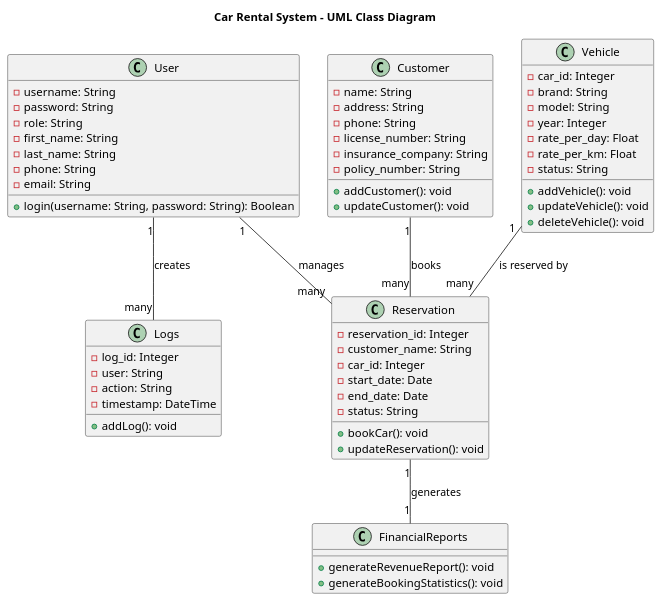
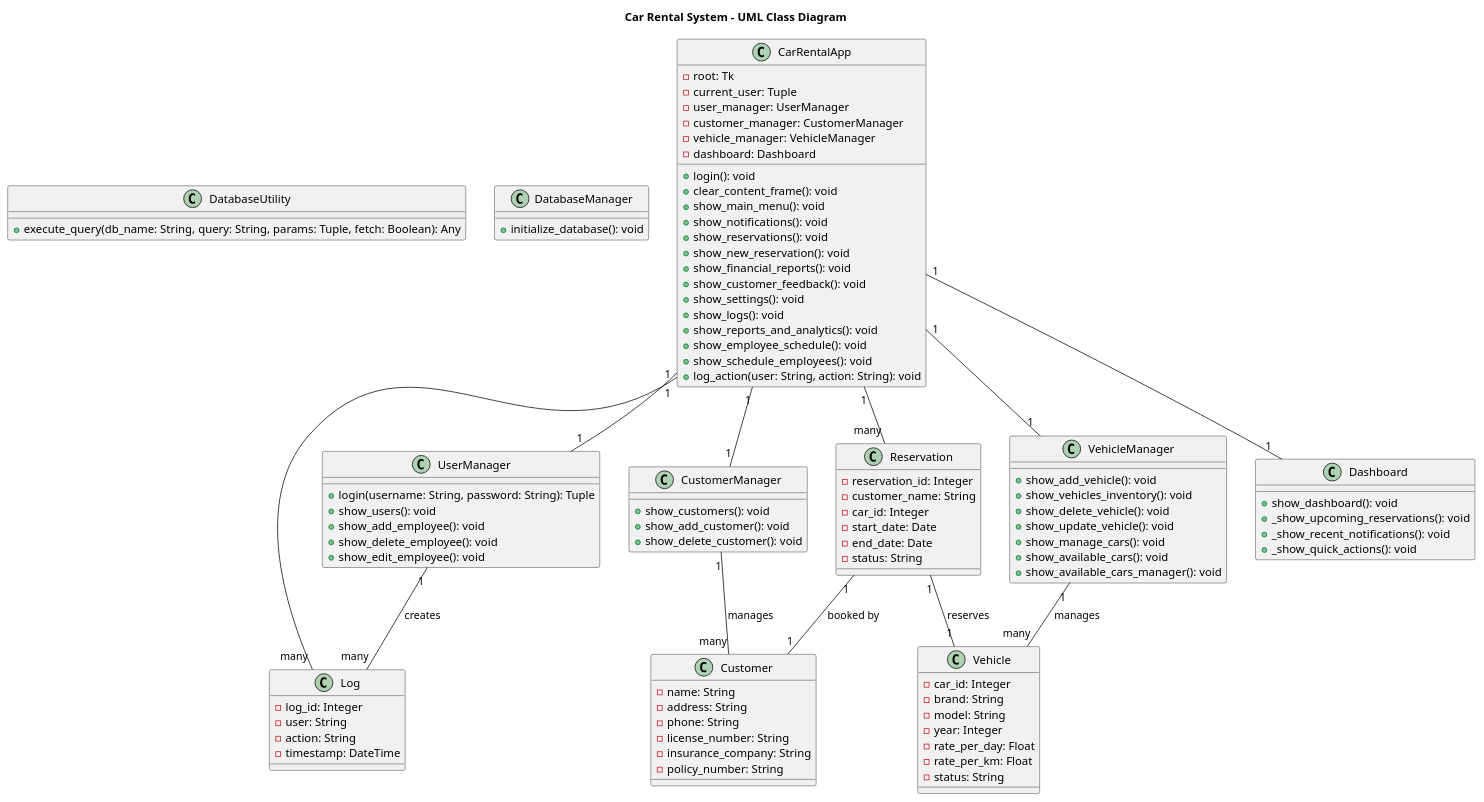
The diagram in car_rental_system.puml (Shivang-Amin01/car_rental_system_GUI), drawn with PlantUML before and after one commit. The commit also changed 7 other files, not shown here.

```diff
--- a/car_rental_system.puml
+++ b/car_rental_system.puml
@@ -1,71 +1,116 @@
 @startuml
 title Car Rental System - UML Class Diagram
 
 ' Define classes
-class User {
-    - username: String
-    - password: String
-    - role: String
-    - first_name: String
-    - last_name: String
-    - phone: String
-    - email: String
-    + login(username: String, password: String): Boolean
+class DatabaseUtility {
+    + execute_query(db_name: String, query: String, params: Tuple, fetch: Boolean): Any
 }
 
-class Customer {
-    - name: String
-    - address: String
-    - phone: String
-    - license_number: String
-    - insurance_company: String
-    - policy_number: String
-    + addCustomer(): void
-    + updateCustomer(): void
+class DatabaseManager {
+    + initialize_database(): void
+}
+
+class CarRentalApp {
+    - root: Tk
+    - current_user: Tuple
+    - user_manager: UserManager
+    - customer_manager: CustomerManager
+    - vehicle_manager: VehicleManager
+    - dashboard: Dashboard
+    + login(): void
+    + clear_content_frame(): void
+    + show_main_menu(): void
+    + show_notifications(): void
+    + show_reservations(): void
+    + show_new_reservation(): void
+    + show_financial_reports(): void
+    + show_customer_feedback(): void
+    + show_settings(): void
+    + show_logs(): void
+    + show_reports_and_analytics(): void
+    + show_employee_schedule(): void
+    + show_schedule_employees(): void
+    + log_action(user: String, action: String): void
+}
+
+class UserManager {
+    + login(username: String, password: String): Tuple
+    + show_users(): void
+    + show_add_employee(): void
+    + show_delete_employee(): void
+    + show_edit_employee(): void
+}
+
+class CustomerManager {
+    + show_customers(): void
+    + show_add_customer(): void
+    + show_delete_customer(): void
+}
+
+class VehicleManager {
+    + show_add_vehicle(): void
+    + show_vehicles_inventory(): void
+    + show_delete_vehicle(): void
+    + show_update_vehicle(): void
+    + show_manage_cars(): void
+    + show_available_cars(): void
+    + show_available_cars_manager(): void
+}
+
+class Dashboard {
+    + show_dashboard(): void
+    + _show_upcoming_reservations(): void
+    + _show_recent_notifications(): void
+    + _show_quick_actions(): void
+}
+
+class Reservation {
+    - reservation_id: Integer
+    - customer_name: String
+    - car_id: Integer
+    - start_date: Date
+    - end_date: Date
+    - status: String
 }
 
 class Vehicle {
     - car_id: Integer
     - brand: String
     - model: String
     - year: Integer
     - rate_per_day: Float
     - rate_per_km: Float
     - status: String
-    + addVehicle(): void
-    + updateVehicle(): void
-    + deleteVehicle(): void
 }
 
-class Reservation {
-    - reservation_id: Integer
-    - customer_name: String
-    - car_id: Integer
-    - start_date: Date
-    - end_date: Date
-    - status: String
-    + bookCar(): void
-    + updateReservation(): void
+class Customer {
+    - name: String
+    - address: String
+    - phone: String
+    - license_number: String
+    - insurance_company: String
+    - policy_number: String
 }
 
-class FinancialReports {
-    + generateRevenueReport(): void
-    + generateBookingStatistics(): void
-}
-
-class Logs {
+class Log {
     - log_id: Integer
     - user: String
     - action: String
     - timestamp: DateTime
-    + addLog(): void
 }
 
 ' Define relationships
-User "1" -- "many" Logs : creates
-User "1" -- "many" Reservation : manages
-Customer "1" -- "many" Reservation : books
-Vehicle "1" -- "many" Reservation : is reserved by
-Reservation "1" -- "1" FinancialReports : generates
+CarRentalApp "1" -- "1" UserManager
+CarRentalApp "1" -- "1" CustomerManager
+CarRentalApp "1" -- "1" VehicleManager
+CarRentalApp "1" -- "1" Dashboard
+CarRentalApp "1" -- "many" Reservation
+CarRentalApp "1" -- "many" Log
+
+UserManager "1" -- "many" Log : creates
+CustomerManager "1" -- "many" Customer : manages
+VehicleManager "1" -- "many" Vehicle : manages
+Reservation "1" -- "1" Vehicle : reserves
+Reservation "1" -- "1" Customer : booked by
 
 @enduml
```
